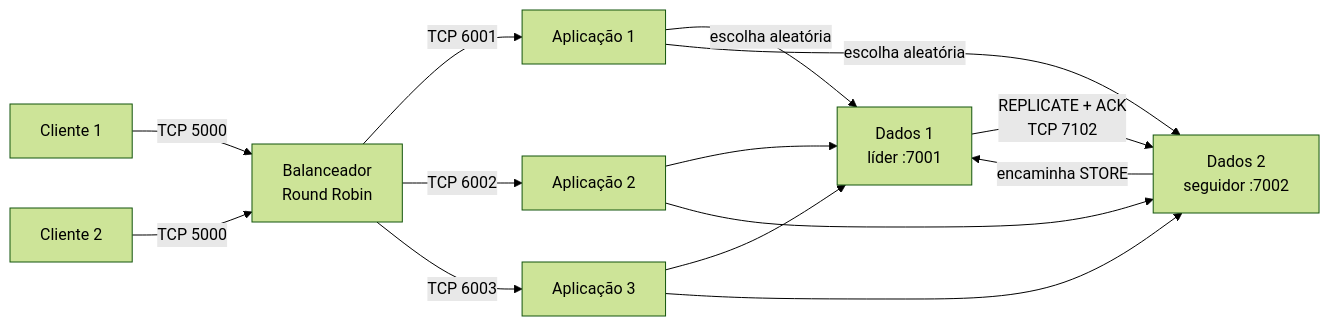
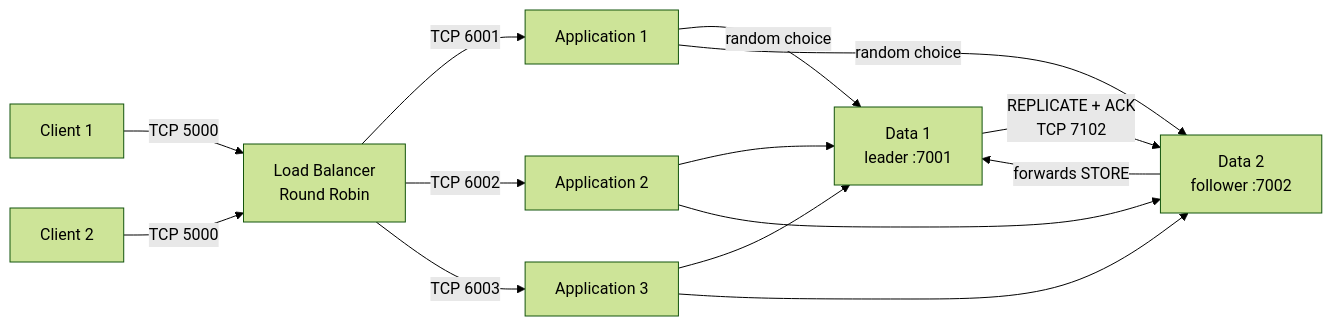
One commit to enzobasaldella/distributed-systems-synchronous-replication changed the diagram in README.md. Above: the diagram before and after it, drawn with Mermaid (forest theme). The commit also changed other lines of this file and 22 other files, not shown here.

````diff
--- a/README.md
+++ b/README.md
@@ -30,16 +30,16 @@
 ```mermaid
 flowchart LR
-    C1[Cliente 1] -->|TCP 5000| LB[Balanceador<br/>Round Robin]
-    C2[Cliente 2] -->|TCP 5000| LB
-    LB -->|TCP 6001| A1[Aplicação 1]
-    LB -->|TCP 6002| A2[Aplicação 2]
-    LB -->|TCP 6003| A3[Aplicação 3]
-    A1 -->|escolha aleatória| D1[Dados 1<br/>líder :7001]
-    A1 -->|escolha aleatória| D2[Dados 2<br/>seguidor :7002]
+    C1[Client 1] -->|TCP 5000| LB[Load Balancer<br/>Round Robin]
+    C2[Client 2] -->|TCP 5000| LB
+    LB -->|TCP 6001| A1[Application 1]
+    LB -->|TCP 6002| A2[Application 2]
+    LB -->|TCP 6003| A3[Application 3]
+    A1 -->|random choice| D1[Data 1<br/>leader :7001]
+    A1 -->|random choice| D2[Data 2<br/>follower :7002]
     A2 --> D1
     A2 --> D2
     A3 --> D1
     A3 --> D2
-    D2 -->|encaminha STORE| D1
+    D2 -->|forwards STORE| D1
     D1 -->|REPLICATE + ACK<br/>TCP 7102| D2
 ```
````
